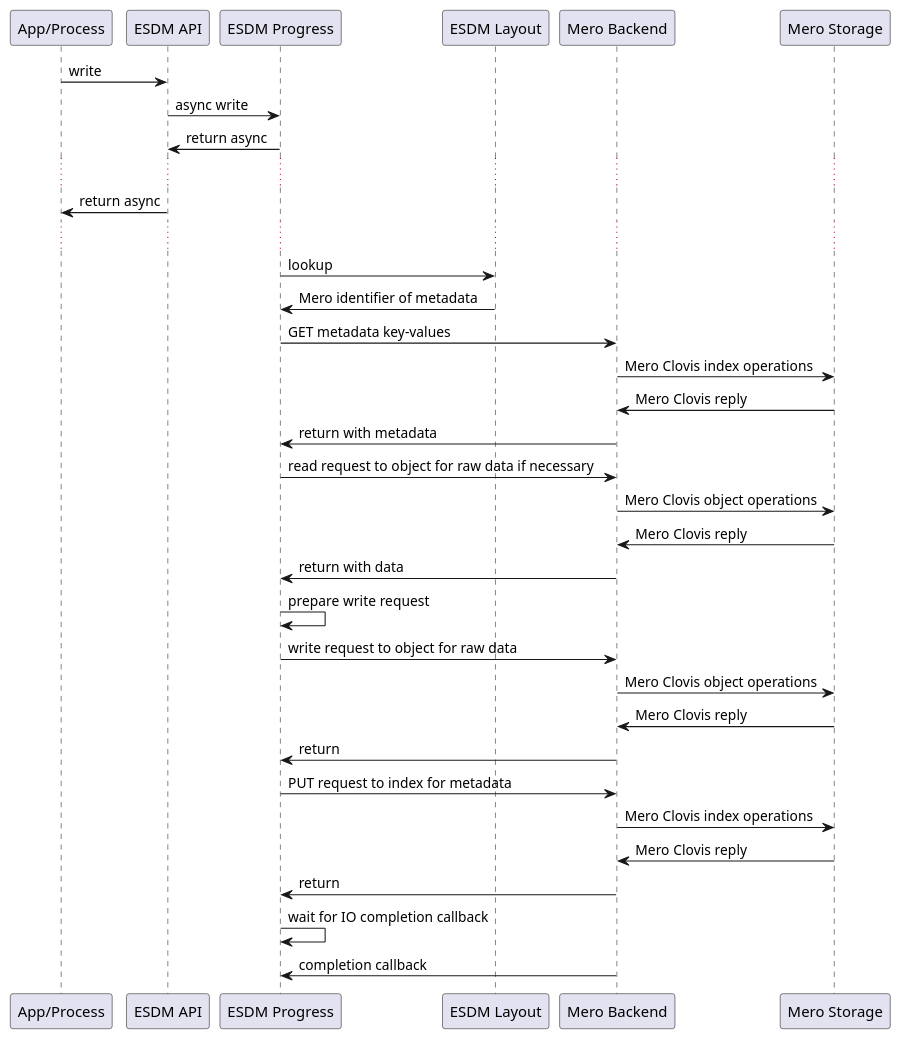
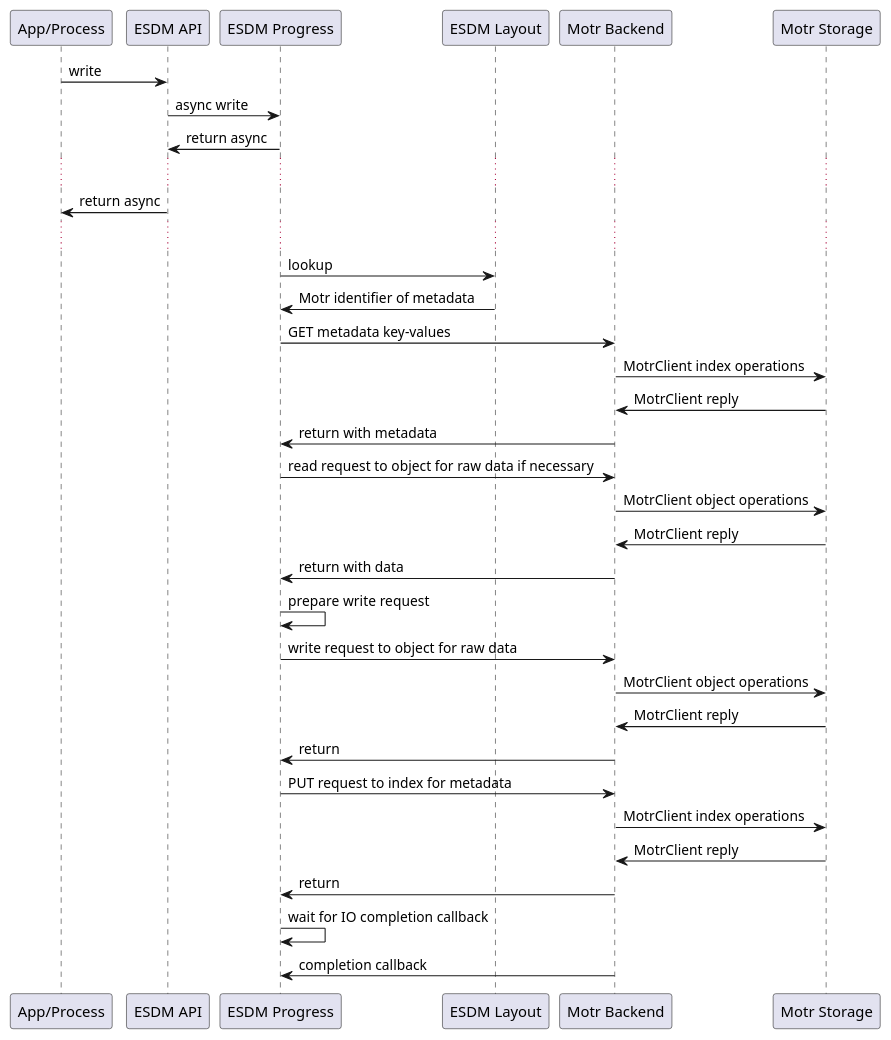
Before and after one commit to ESiWACE/esdm: the diagram in doc/assets/esdm-backends/mero/sequence_write.pu, drawn with PlantUML. The commit also changed 17 other files, not shown here.

Commit message:
backends: update code from Mero Clovis to Motr Client

```diff
--- a/doc/assets/esdm-backends/mero/sequence_write.pu
+++ b/doc/assets/esdm-backends/mero/sequence_write.pu
@@ -1,49 +1,49 @@
 @startuml
 
 participant "App/Process" as proc
 participant "ESDM API" as ESDM
 
 participant "ESDM Progress" as progress
 participant "ESDM Layout" as layout
 
-participant "Mero Backend" as backend
-participant "Mero Storage" as storage
+participant "Motr Backend" as backend
+participant "Motr Storage" as storage
 
 proc -> ESDM: write
 ESDM -> progress: async write
 ESDM <- progress: return async
 ...
 proc <- ESDM: return async
 
 ...
 
 progress -> layout: lookup
-layout -> progress: Mero identifier of metadata
+layout -> progress: Motr identifier of metadata
 
 progress -> backend: GET metadata key-values
-backend -> storage:  Mero Clovis index operations
-backend <- storage:  Mero Clovis reply
+backend -> storage:  MotrClient index operations
+backend <- storage:  MotrClient reply
 progress <- backend: return with metadata
 
 progress -> backend: read request to object for raw data if necessary
-backend -> storage:  Mero Clovis object operations
-backend <- storage:  Mero Clovis reply
+backend -> storage:  MotrClient object operations
+backend <- storage:  MotrClient reply
 progress <- backend: return with data
 
 progress -> progress: prepare write request
 
 progress -> backend: write request to object for raw data
-backend -> storage:  Mero Clovis object operations
-backend <- storage:  Mero Clovis reply
+backend -> storage:  MotrClient object operations
+backend <- storage:  MotrClient reply
 progress <- backend: return
 
 progress -> backend: PUT request to index for metadata
-backend -> storage:  Mero Clovis index operations
-backend <- storage:  Mero Clovis reply
+backend -> storage:  MotrClient index operations
+backend <- storage:  MotrClient reply
 progress <- backend: return
 
 progress -> progress: wait for IO completion callback
 progress <- backend: completion callback
 
 
 @enduml
```
